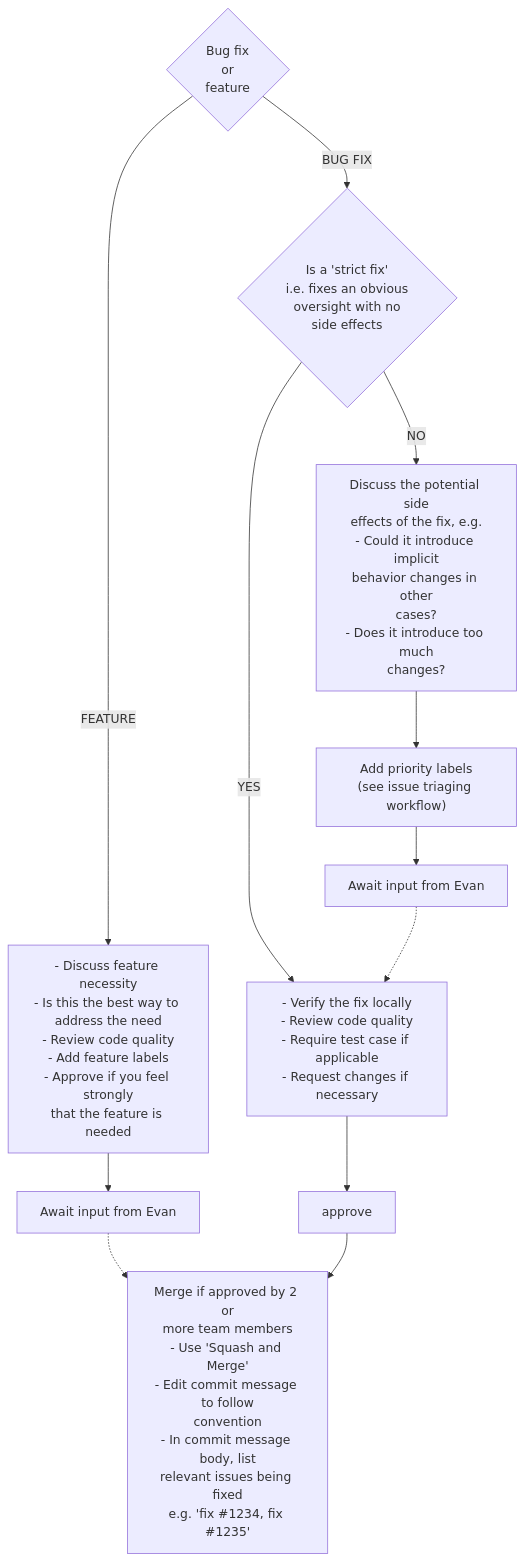
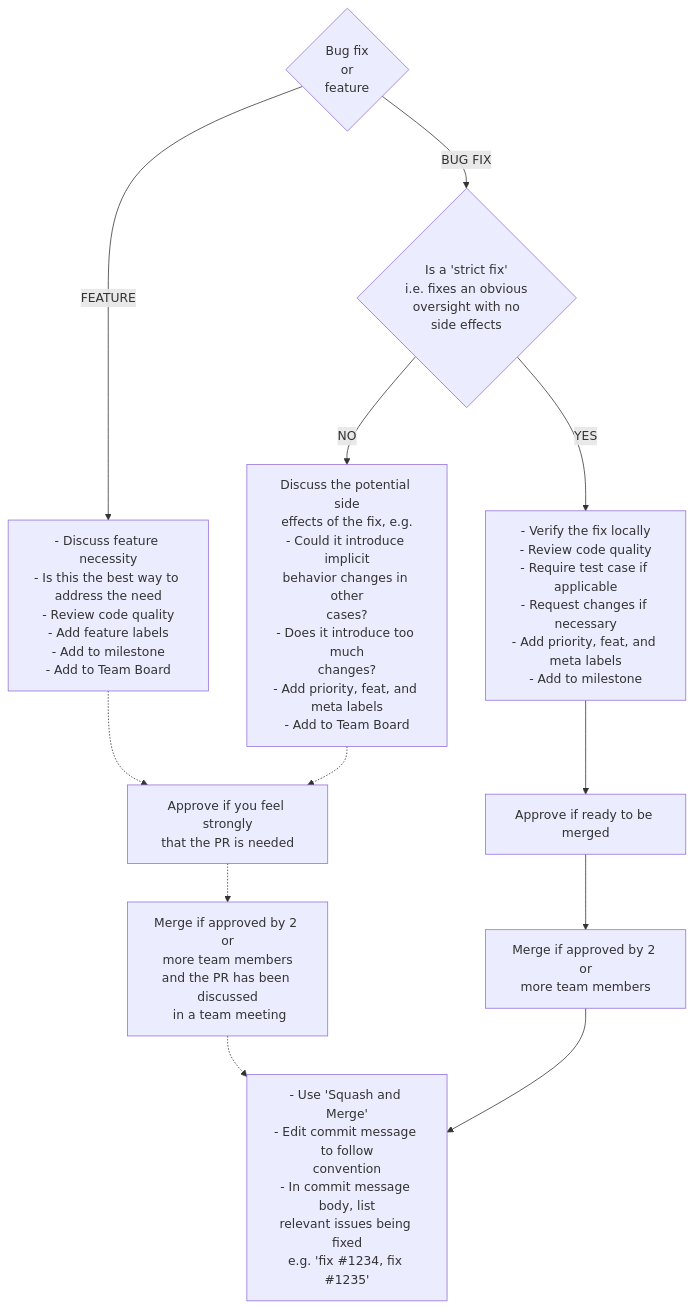
Before and after one commit to vitejs/vite: the second of 2 diagrams in CONTRIBUTING.md, drawn with Mermaid.

Commit message:
chore: update pr review diagram

````diff
--- a/CONTRIBUTING.md
+++ b/CONTRIBUTING.md
@@ -224,15 +224,15 @@
 ```mermaid
 flowchart TD
     start{Bug fix\nor\nfeature}
     start --BUG FIX--> strict_bug{"Is a 'strict fix'\ni.e. fixes an obvious\noversight with no\nside effects"}
-    start --FEATURE--> feature[- Discuss feature necessity\n- Is this the best way to address the need\n- Review code quality\n- Add feature labels\n- Approve if you feel strongly\nthat the feature is needed]
-    feature --> evan[Await input from Evan]
-    evan -.-> merge
-    strict_bug --YES--> strict[- Verify the fix locally\n- Review code quality\n- Require test case if applicable\n- Request changes if necessary]
-    strict_bug --NO--> non_strict[Discuss the potential side\neffects of the fix, e.g.\n- Could it introduce implicit\nbehavior changes in other\ncases?\n- Does it introduce too much\nchanges?]
-    non_strict --> label["Add priority labels\n(see issue triaging workflow)"]
-    label --> evan_non_strict[Await input from Evan]
-    evan_non_strict -.-> strict
-    strict --> approve
-    approve --> merge["Merge if approved by 2 or\nmore team members\n- Use 'Squash and Merge'\n- Edit commit message to follow\nconvention\n- In commit message body, list\nrelevant issues being fixed\ne.g. 'fix #1234, fix #1235'"]
+    start --FEATURE--> feature[- Discuss feature necessity\n- Is this the best way to address the need\n- Review code quality\n- Add feature labels\n- Add to milestone\n- Add to Team Board]
+    feature -.-> approve_non_strict[Approve if you feel strongly\nthat the PR is needed]
+    strict_bug --YES--> strict[- Verify the fix locally\n- Review code quality\n- Require test case if applicable\n- Request changes if necessary\n- Add priority, feat, and meta labels\n- Add to milestone]
+    strict_bug --NO--> non_strict[Discuss the potential side\neffects of the fix, e.g.\n- Could it introduce implicit\nbehavior changes in other\ncases?\n- Does it introduce too much\nchanges?\n- Add priority, feat, and meta labels\n- Add to Team Board]
+    non_strict -.-> approve_non_strict
+    strict --> approve_strict[Approve if ready to be merged]
+    approve_strict --> merge_strict[Merge if approved by 2 or\nmore team members]
+    approve_non_strict -.-> merge_non_strict[Merge if approved by 2 or\nmore team members\nand the PR has been discussed\n in a team meeting]
+    merge_non_strict -.-> merge_extra
+    merge_strict --> merge_extra["- Use 'Squash and Merge'\n- Edit commit message to follow\nconvention\n- In commit message body, list\nrelevant issues being fixed\ne.g. 'fix #1234, fix #1235'"]
 ```
````
